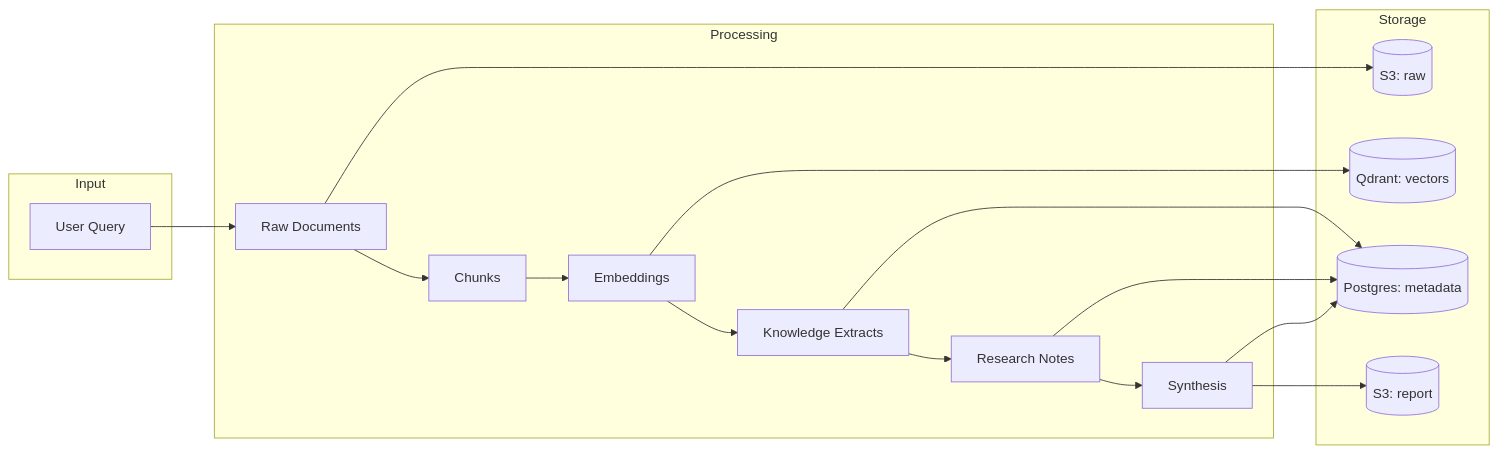
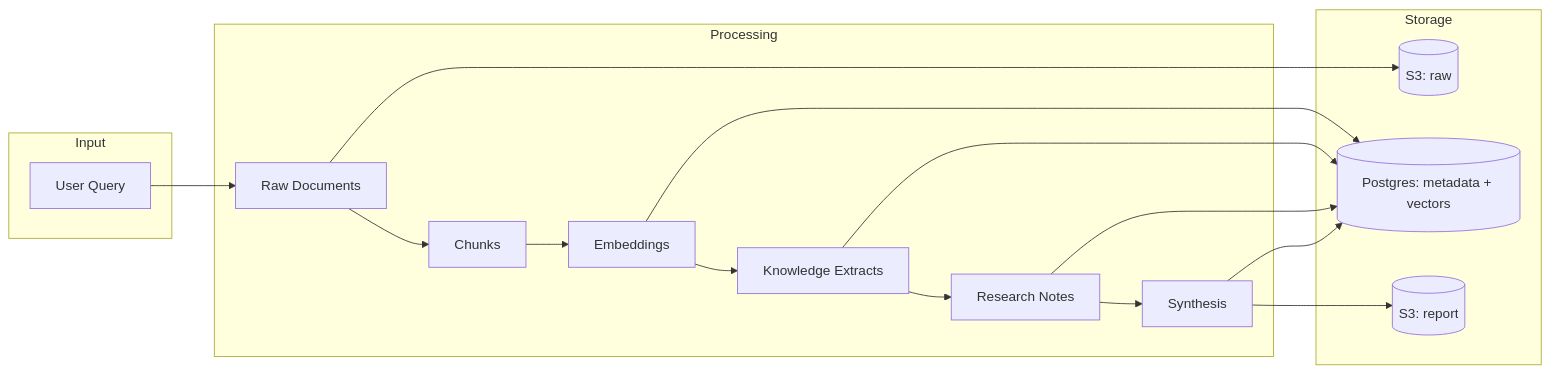
One commit to hrvojevincek/deep-research-event-driven-multi-agent changed the third of 4 diagrams in docs/ARCHITECTURE.md. Above: the diagram before and after it, drawn with Mermaid. The commit also changed other lines of this file and 13 other files, not shown here.

````diff
--- a/docs/ARCHITECTURE.md
+++ b/docs/ARCHITECTURE.md
@@ -204,35 +202,34 @@
 ```mermaid
 flowchart LR
     subgraph Input
         Q[User Query]
     end
 
     subgraph Processing
         DOC[Raw Documents]
         CHK[Chunks]
         EMB[Embeddings]
         KG[Knowledge Extracts]
         RES[Research Notes]
         SYN[Synthesis]
     end
 
     subgraph Storage
         S3R[(S3: raw)]
-        QD[(Qdrant: vectors)]
-        PGR[(Postgres: metadata)]
+        PGR[(Postgres: metadata + vectors)]
         S3S[(S3: report)]
     end
 
     Q --> DOC
     DOC --> S3R
     DOC --> CHK
     CHK --> EMB
-    EMB --> QD
+    EMB --> PGR
     EMB --> KG
     KG --> PGR
     KG --> RES
     RES --> PGR
     RES --> SYN
     SYN --> PGR
     SYN --> S3S
 ```
````
